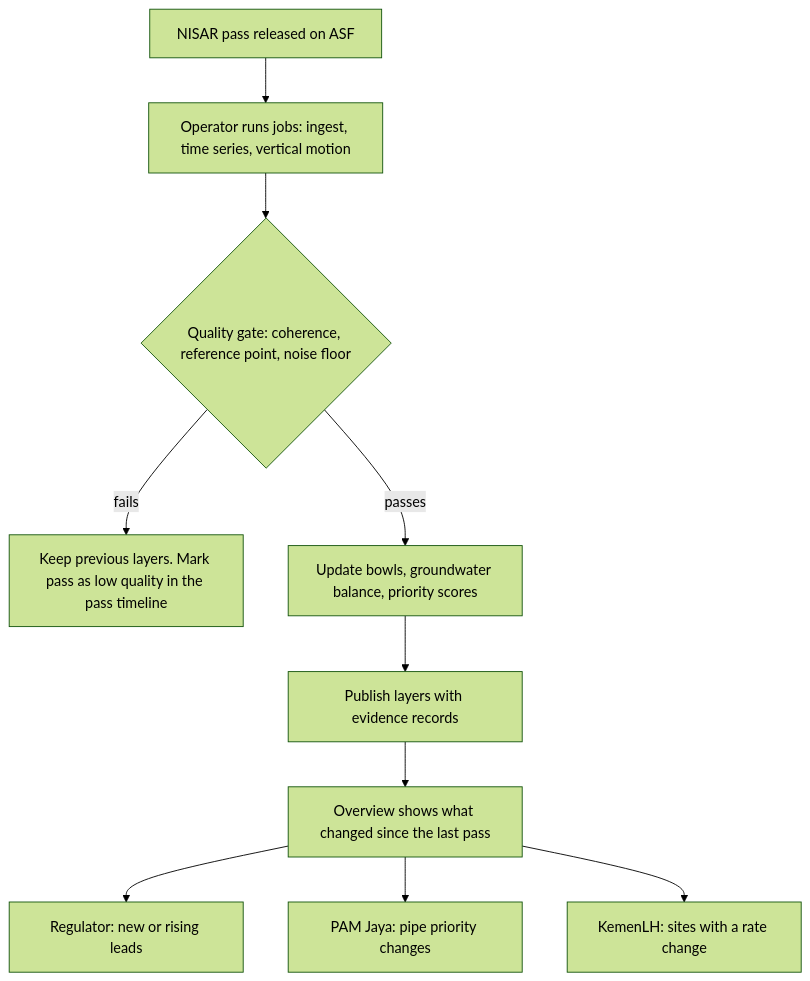
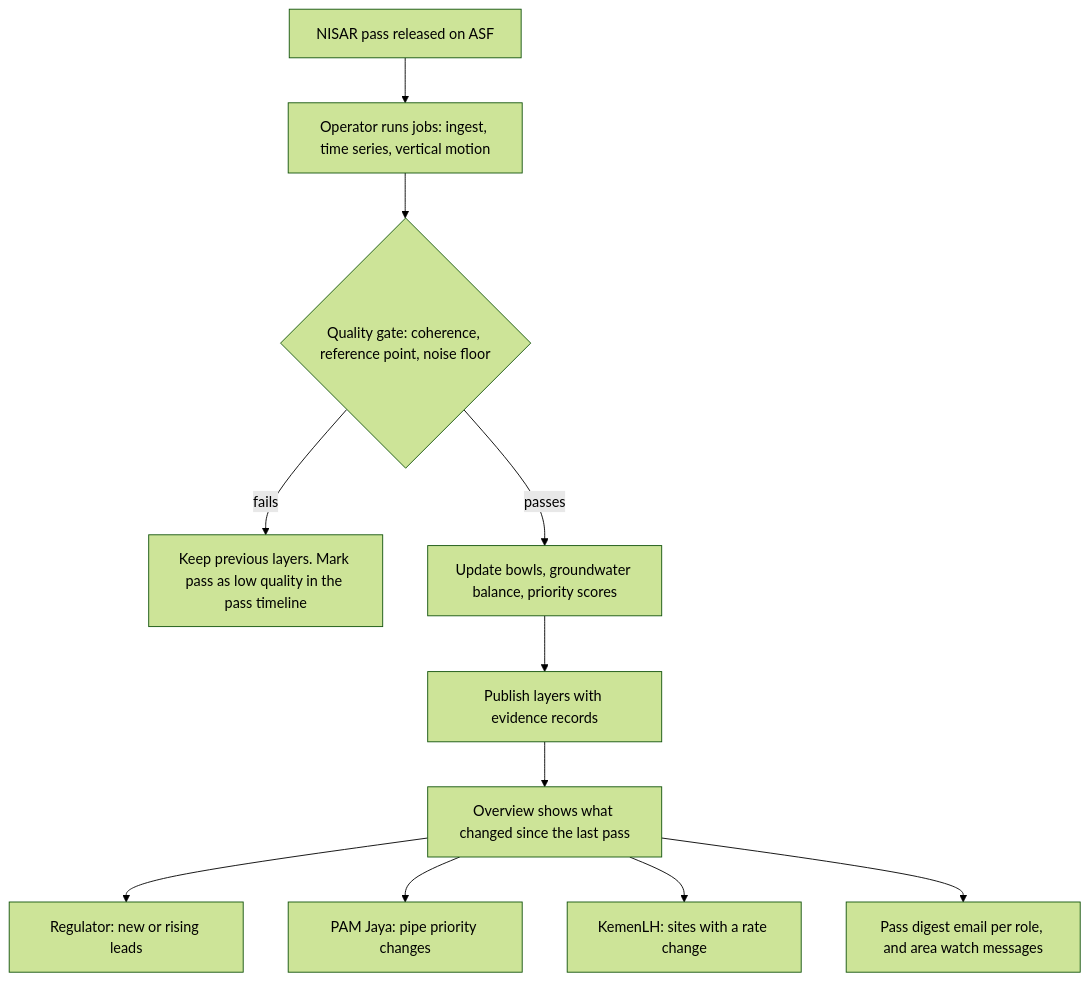
One commit to halmahera-dev/orbitalis changed the second of 8 diagrams in docs/business-flow.md. Above: the diagram before and after it, drawn with Mermaid (forest theme). The commit also changed other lines of this file and 2 other files, not shown here.

Commit message:
docs: add case report, pass digest, and water farming calculator features

````diff
--- a/docs/business-flow.md
+++ b/docs/business-flow.md
@@ -45,12 +45,13 @@
 ```mermaid
 flowchart TB
     A[NISAR pass released on ASF] --> B[Operator runs jobs: ingest, time series, vertical motion]
     B --> C{Quality gate: coherence, reference point, noise floor}
     C -- fails --> D[Keep previous layers. Mark pass as low quality in the pass timeline]
     C -- passes --> E[Update bowls, groundwater balance, priority scores]
     E --> F[Publish layers with evidence records]
     F --> G[Overview shows what changed since the last pass]
     G --> H1[Regulator: new or rising leads]
     G --> H2[PAM Jaya: pipe priority changes]
     G --> H3[KemenLH: sites with a rate change]
+    G --> M[Pass digest email per role, and area watch messages]
 ```
````
